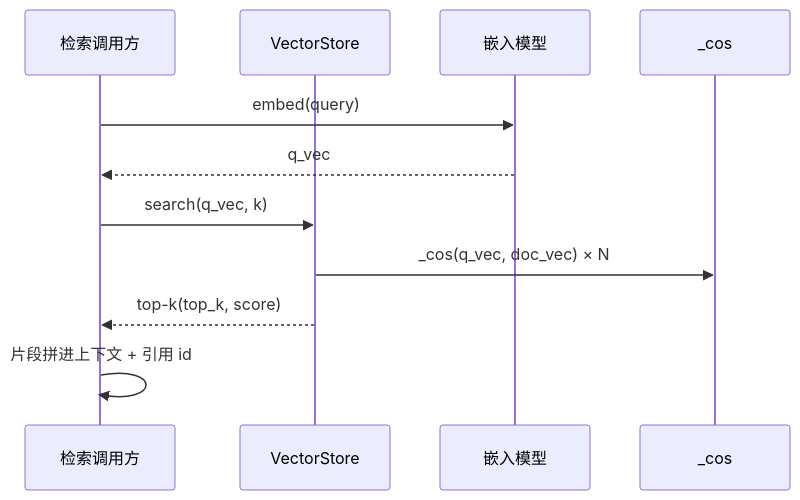
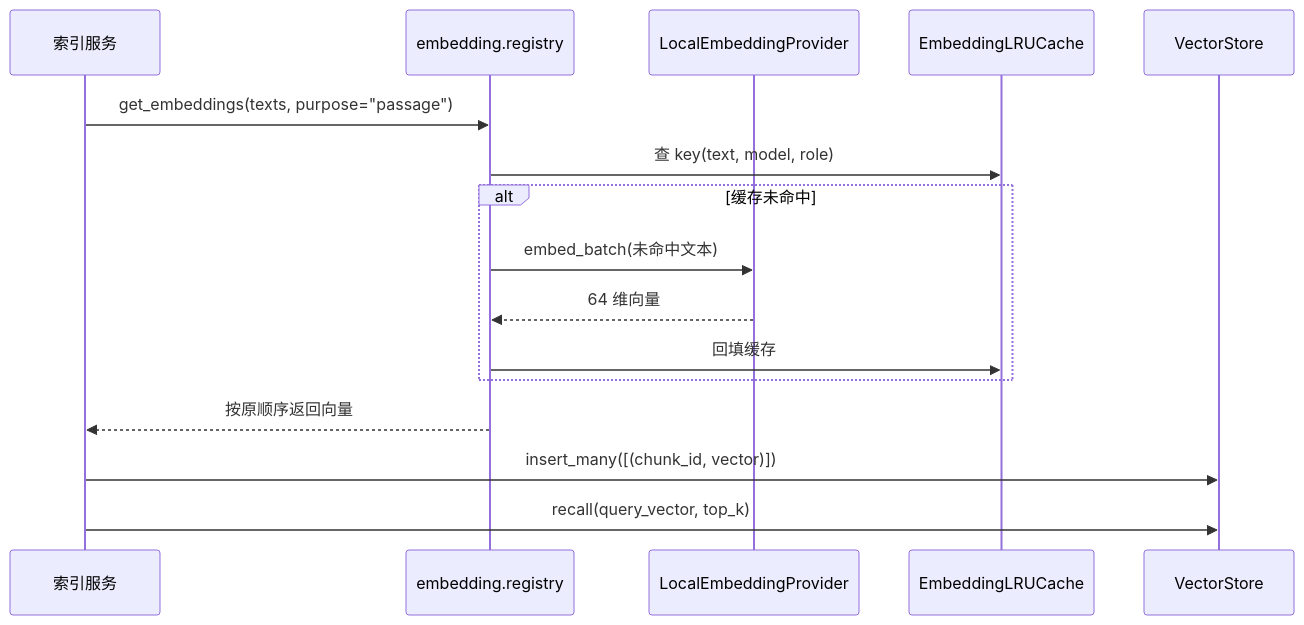
The diagram in work-agent-harness/doc/evoflow-学习规划/05-知识库与代码理解/02-Embedding与向量检索.md (G0-000/agent-book), drawn with Mermaid before and after one commit. The commit also changed other lines of this file and 18 other files, not shown here.

````diff
--- a/work-agent-harness/doc/evoflow-学习规划/05-知识库与代码理解/02-Embedding与向量检索.md
+++ b/work-agent-harness/doc/evoflow-学习规划/05-知识库与代码理解/02-Embedding与向量检索.md
@@ -13,13 +17,18 @@
 ```mermaid
 sequenceDiagram
-    participant U as 检索调用方
+    participant S as 索引服务
+    participant R as embedding.registry
+    participant P as LocalEmbeddingProvider
+    participant C as EmbeddingLRUCache
     participant V as VectorStore
-    participant E as 嵌入模型
-    participant C as _cos
-    U->>E: embed(query)
-    E-->>U: q_vec
-    U->>V: search(q_vec, k)
-    V->>C: _cos(q_vec, doc_vec) × N
-    V-->>U: top-k(top_k, score)
-    U->>U: 片段拼进上下文 + 引用 id
+    S->>R: get_embeddings(texts, purpose="passage")
+    R->>C: 查 key(text, model, role)
+    alt 缓存未命中
+        R->>P: embed_batch(未命中文本)
+        P-->>R: 64 维向量
+        R->>C: 回填缓存
+    end
+    R-->>S: 按原顺序返回向量
+    S->>V: insert_many([(chunk_id, vector)])
+    S->>V: recall(query_vector, top_k)
 ```
````
